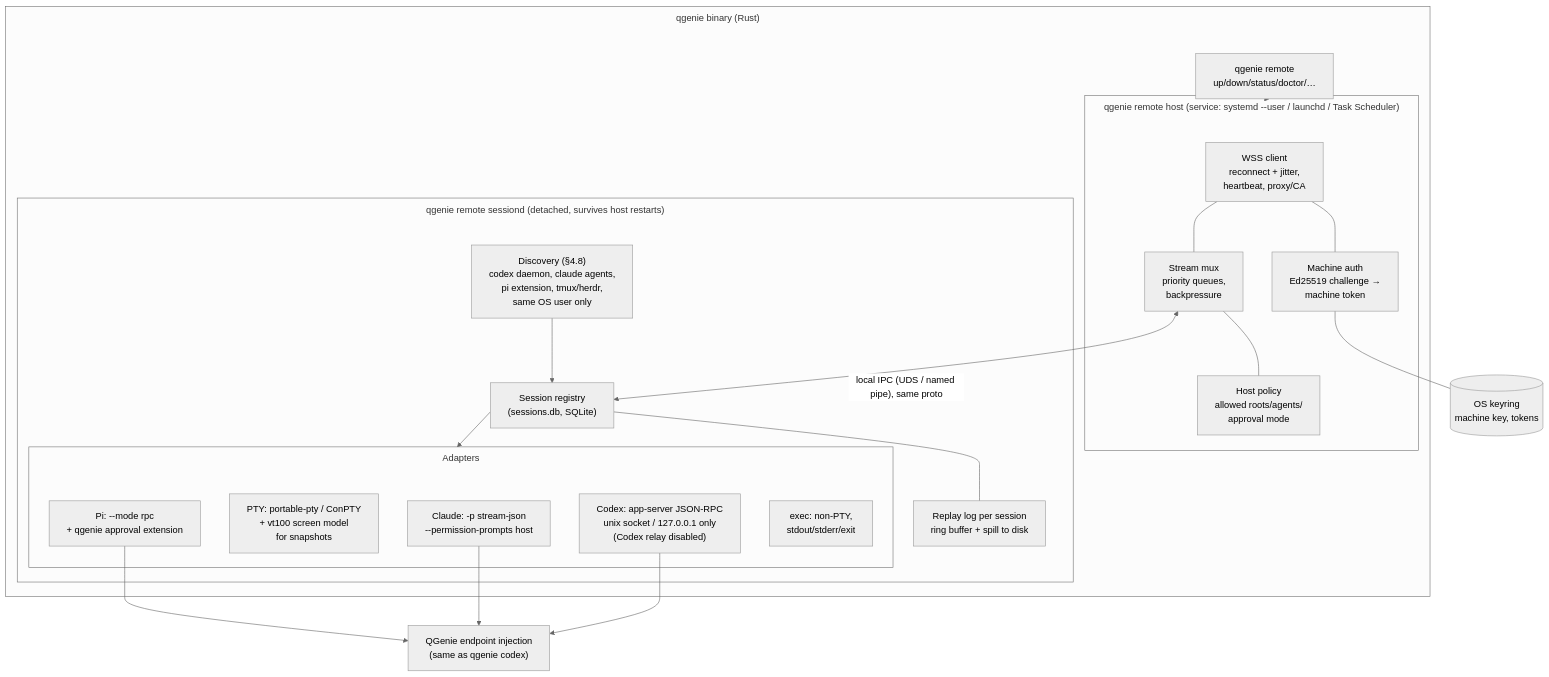
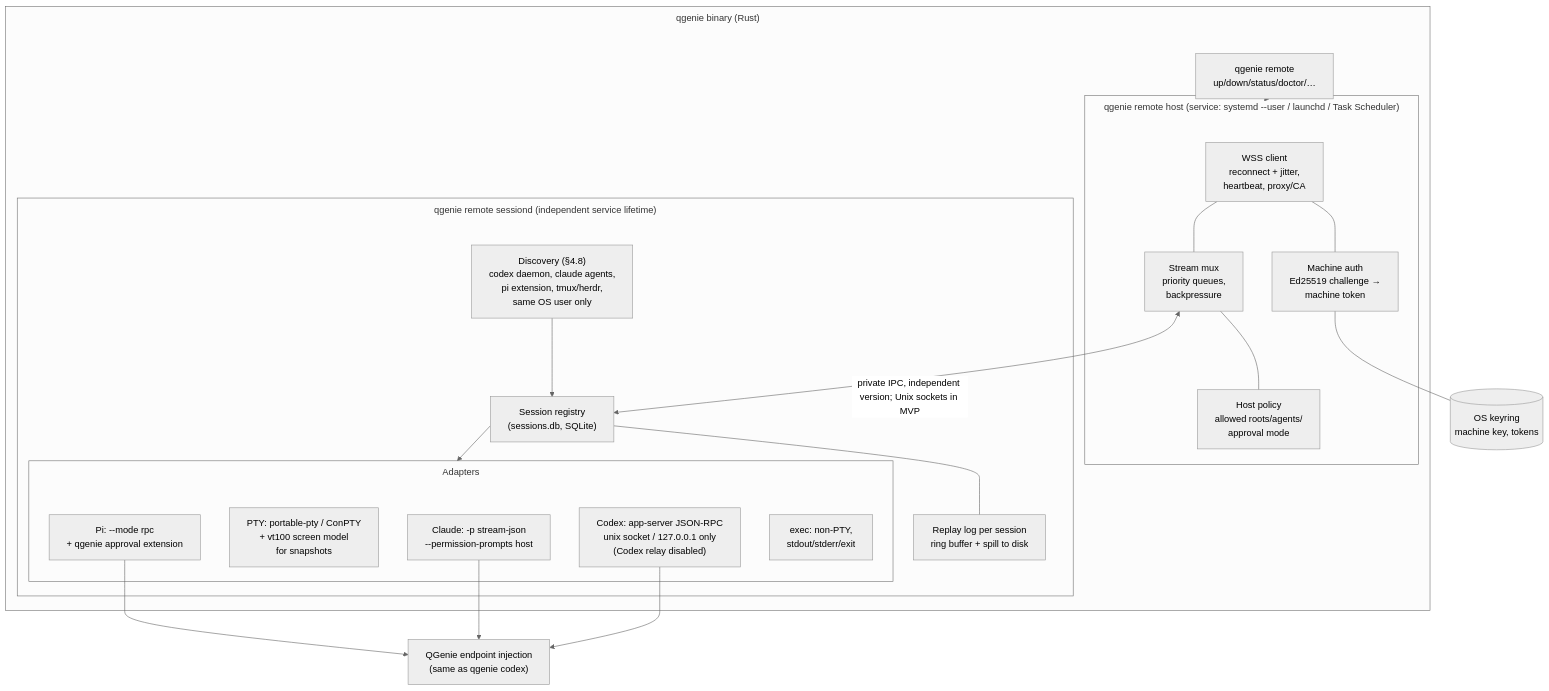
Before and after one commit to aditya140/remote-session: the second of 16 diagrams in architecture.md, drawn with Mermaid (neutral theme). The commit also changed other lines of this file and 564 other files, not shown here.

````diff
--- a/architecture.md
+++ b/architecture.md
@@ -181,39 +183,39 @@
 ```mermaid
 %%{init: {"flowchart": {"wrappingWidth": 420, "subGraphTitleMargin": {"top": 8, "bottom": 48}}}}%%
 flowchart TB
     subgraph BINARY["qgenie binary (Rust)"]
         CLI["qgenie remote<br/>up/down/status/doctor/…"]
         subgraph HOST["qgenie remote host (service: systemd --user / launchd / Task Scheduler)"]
             WSS["WSS client<br/>reconnect + jitter,<br/>heartbeat, proxy/CA"]
             AUTH["Machine auth<br/>Ed25519 challenge →<br/>machine token"]
             MUX["Stream mux<br/>priority queues,<br/>backpressure"]
             POLICY["Host policy<br/>allowed roots/agents/<br/>approval mode"]
             WSS --- AUTH
             WSS --- MUX
             MUX --- POLICY
         end
-        subgraph SESSIOND["qgenie remote sessiond (detached, survives host restarts)"]
+        subgraph SESSIOND["qgenie remote sessiond (independent service lifetime)"]
             DISCOVERY["Discovery (§4.8)<br/>codex daemon, claude agents,<br/>pi extension, tmux/herdr,<br/>same OS user only"]
             REGISTRY["Session registry<br/>(sessions.db, SQLite)"]
             REPLAY["Replay log per session<br/>ring buffer + spill to disk"]
             subgraph ADAPTERS["Adapters"]
                 PI["Pi: --mode rpc<br/>+ qgenie approval extension"]
                 PTY["PTY: portable-pty / ConPTY<br/>+ vt100 screen model<br/>for snapshots"]
                 CLAUDE["Claude: -p stream-json<br/>--permission-prompts host"]
                 CODEX["Codex: app-server JSON-RPC<br/>unix socket / 127.0.0.1 only<br/>(Codex relay disabled)"]
                 EXEC["exec: non-PTY,<br/>stdout/stderr/exit"]
             end
             DISCOVERY --> REGISTRY
             REGISTRY --- REPLAY
             REGISTRY --> ADAPTERS
         end
         CLI --> HOST
-        MUX <-->|"local IPC (UDS / named pipe), same proto"| REGISTRY
+        MUX <-->|"private IPC, independent version; Unix sockets in MVP"| REGISTRY
     end
     KEYRING[("OS keyring<br/>machine key, tokens")]
     ENDPOINT["QGenie endpoint injection<br/>(same as qgenie codex)"]
     AUTH --- KEYRING
     PI --> ENDPOINT
     CLAUDE --> ENDPOINT
     CODEX --> ENDPOINT
 ```
````
